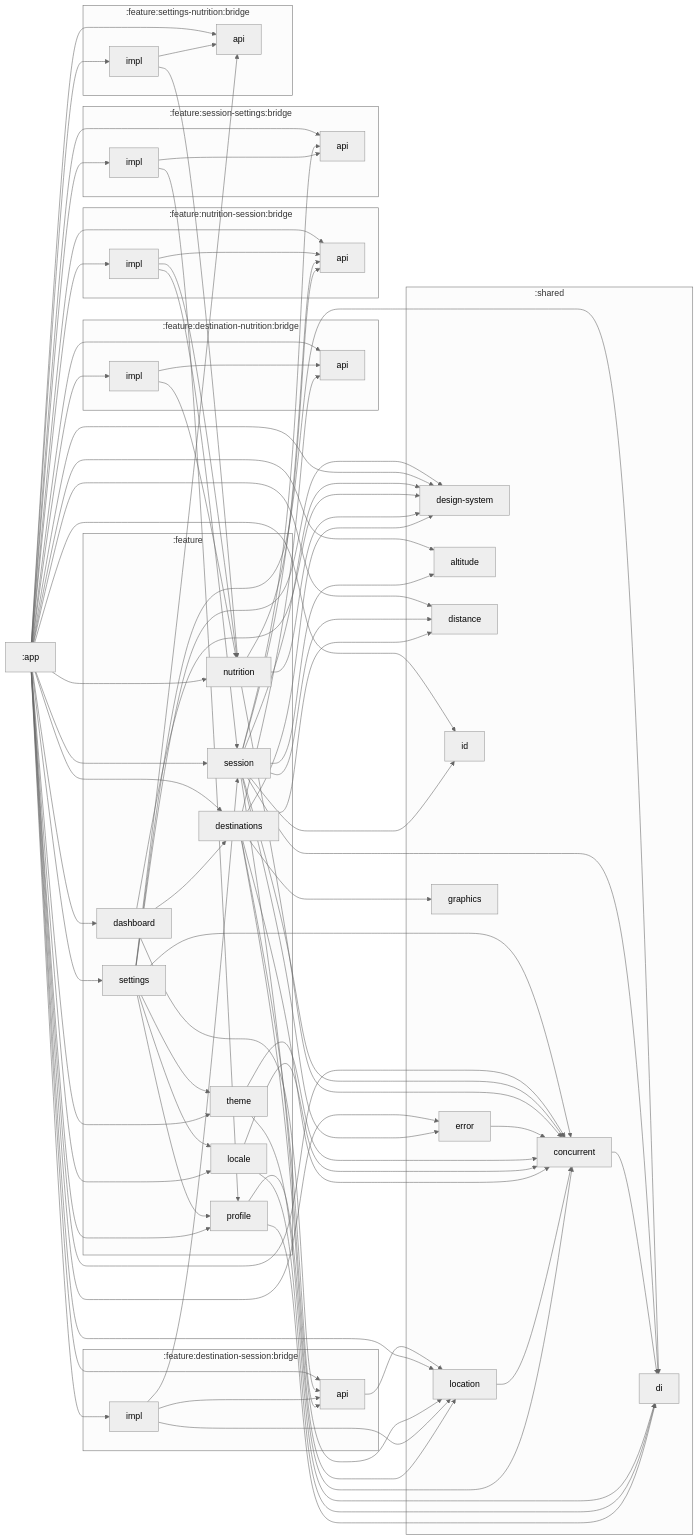
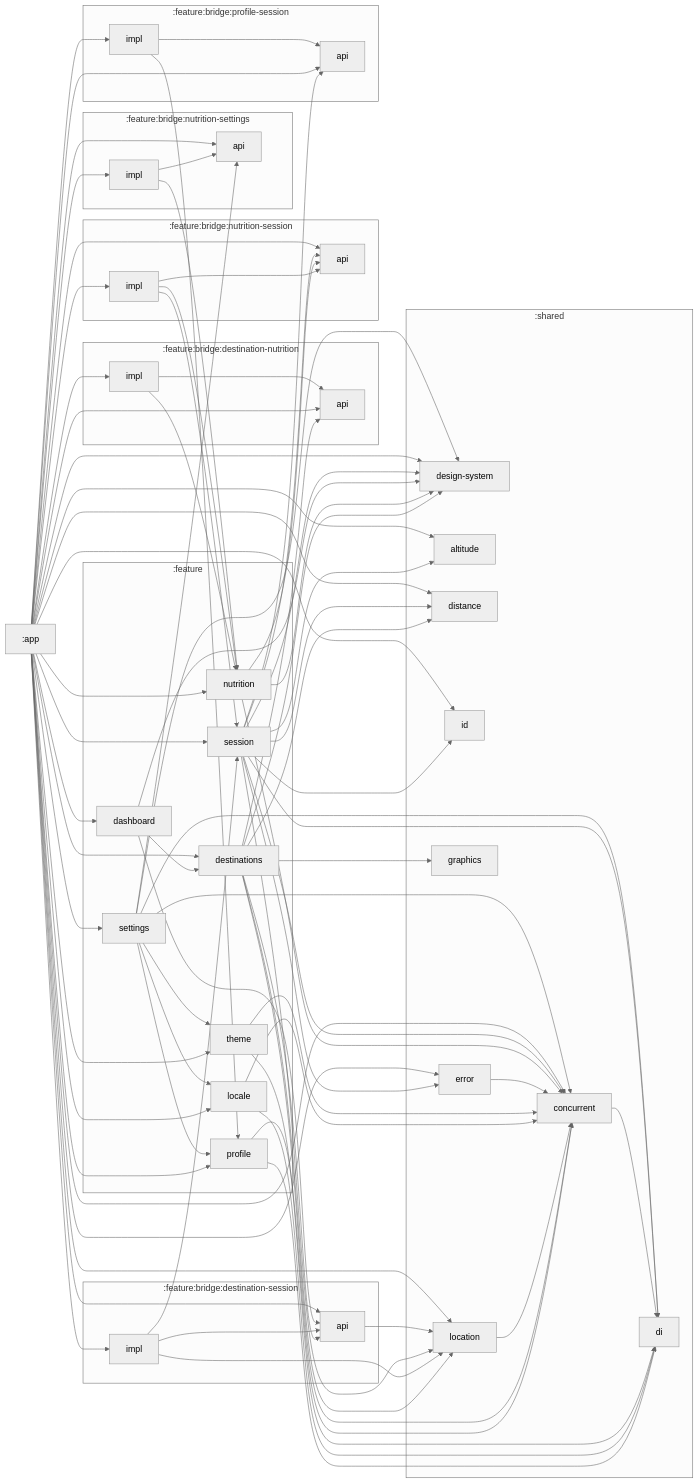
One commit to koflox/cycling-assistant changed the diagram in docs/MODULE_GRAPH.md. Above: the diagram before and after it, drawn with Mermaid. The commit also changed 75 other files, not shown here.

Commit message:
consistent modularization: enforced bridge modules naming and their location

````diff
--- a/docs/MODULE_GRAPH.md
+++ b/docs/MODULE_GRAPH.md
@@ -9,71 +9,74 @@
 
 graph LR
   subgraph :feature
+    :feature:nutrition["nutrition"]
+    :feature:profile["profile"]
     :feature:settings["settings"]
     :feature:theme["theme"]
     :feature:locale["locale"]
-    :feature:profile["profile"]
     :feature:dashboard["dashboard"]
     :feature:destinations["destinations"]
-    :feature:nutrition["nutrition"]
     :feature:session["session"]
   end
-  subgraph :feature:destination-nutrition:bridge
-    :feature:destination-nutrition:bridge:api["api"]
-    :feature:destination-nutrition:bridge:impl["impl"]
+  subgraph :feature:bridge:destination-nutrition
+    :feature:bridge:destination-nutrition:impl["impl"]
+    :feature:bridge:destination-nutrition:api["api"]
   end
-  subgraph :feature:destination-session:bridge
-    :feature:destination-session:bridge:api["api"]
-    :feature:destination-session:bridge:impl["impl"]
+  subgraph :feature:bridge:destination-session
+    :feature:bridge:destination-session:api["api"]
+    :feature:bridge:destination-session:impl["impl"]
   end
-  subgraph :feature:nutrition-session:bridge
-    :feature:nutrition-session:bridge:api["api"]
-    :feature:nutrition-session:bridge:impl["impl"]
+  subgraph :feature:bridge:nutrition-session
+    :feature:bridge:nutrition-session:api["api"]
+    :feature:bridge:nutrition-session:impl["impl"]
   end
-  subgraph :feature:session-settings:bridge
-    :feature:session-settings:bridge:api["api"]
-    :feature:session-settings:bridge:impl["impl"]
+  subgraph :feature:bridge:nutrition-settings
+    :feature:bridge:nutrition-settings:api["api"]
+    :feature:bridge:nutrition-settings:impl["impl"]
   end
-  subgraph :feature:settings-nutrition:bridge
-    :feature:settings-nutrition:bridge:api["api"]
-    :feature:settings-nutrition:bridge:impl["impl"]
+  subgraph :feature:bridge:profile-session
+    :feature:bridge:profile-session:impl["impl"]
+    :feature:bridge:profile-session:api["api"]
   end
   subgraph :shared
-    :shared:location["location"]
     :shared:concurrent["concurrent"]
     :shared:design-system["design-system"]
     :shared:di["di"]
     :shared:altitude["altitude"]
     :shared:distance["distance"]
     :shared:id["id"]
+    :shared:location["location"]
     :shared:error["error"]
     :shared:graphics["graphics"]
   end
-  :feature:destination-session:bridge:api --> :shared:location
+  :feature:bridge:destination-nutrition:impl --> :feature:bridge:destination-nutrition:api
+  :feature:bridge:destination-nutrition:impl --> :feature:nutrition
+  :feature:bridge:profile-session:impl --> :feature:bridge:profile-session:api
+  :feature:bridge:profile-session:impl --> :feature:profile
   :feature:settings --> :feature:theme
   :feature:settings --> :feature:locale
   :feature:settings --> :feature:profile
-  :feature:settings --> :feature:settings-nutrition:bridge:api
+  :feature:settings --> :feature:bridge:nutrition-settings:api
   :feature:settings --> :shared:concurrent
   :feature:settings --> :shared:design-system
   :feature:settings --> :shared:di
+  :app --> :feature:bridge:destination-nutrition:api
+  :app --> :feature:bridge:destination-nutrition:impl
+  :app --> :feature:bridge:destination-session:api
+  :app --> :feature:bridge:destination-session:impl
+  :app --> :feature:bridge:nutrition-session:api
+  :app --> :feature:bridge:nutrition-session:impl
+  :app --> :feature:bridge:nutrition-settings:api
+  :app --> :feature:bridge:nutrition-settings:impl
+  :app --> :feature:bridge:profile-session:api
+  :app --> :feature:bridge:profile-session:impl
   :app --> :feature:dashboard
-  :app --> :feature:destination-nutrition:bridge:api
-  :app --> :feature:destination-nutrition:bridge:impl
-  :app --> :feature:destination-session:bridge:api
-  :app --> :feature:destination-session:bridge:impl
   :app --> :feature:destinations
   :app --> :feature:locale
   :app --> :feature:nutrition
-  :app --> :feature:nutrition-session:bridge:api
-  :app --> :feature:nutrition-session:bridge:impl
   :app --> :feature:profile
   :app --> :feature:session
-  :app --> :feature:session-settings:bridge:api
-  :app --> :feature:session-settings:bridge:impl
   :app --> :feature:settings
-  :app --> :feature:settings-nutrition:bridge:api
-  :app --> :feature:settings-nutrition:bridge:impl
   :app --> :feature:theme
   :app --> :shared:altitude
   :app --> :shared:concurrent
@@ -82,9 +85,7 @@
   :app --> :shared:id
   :app --> :shared:location
   :app --> :shared:error
-  :feature:nutrition-session:bridge:impl --> :feature:nutrition
-  :feature:nutrition-session:bridge:impl --> :feature:nutrition-session:bridge:api
-  :feature:nutrition-session:bridge:impl --> :feature:session
+  :feature:bridge:destination-session:api --> :shared:location
   :feature:session --> :shared:altitude
   :feature:session --> :shared:concurrent
   :feature:session --> :shared:design-system
@@ -93,37 +94,36 @@
   :feature:session --> :shared:error
   :feature:session --> :shared:id
   :feature:session --> :shared:location
-  :feature:session --> :feature:nutrition-session:bridge:api
-  :feature:session --> :feature:session-settings:bridge:api
+  :feature:session --> :feature:bridge:nutrition-session:api
+  :feature:session --> :feature:bridge:profile-session:api
   :feature:dashboard --> :feature:destinations
-  :feature:dashboard --> :feature:destination-session:bridge:api
+  :feature:dashboard --> :feature:bridge:destination-session:api
   :feature:dashboard --> :shared:design-system
-  :feature:nutrition --> :feature:nutrition-session:bridge:api
+  :feature:nutrition --> :feature:bridge:nutrition-session:api
   :feature:nutrition --> :shared:concurrent
   :feature:nutrition --> :shared:design-system
-  :feature:session-settings:bridge:impl --> :feature:session-settings:bridge:api
-  :feature:session-settings:bridge:impl --> :feature:profile
+  :feature:bridge:destination-session:impl --> :feature:bridge:destination-session:api
+  :feature:bridge:destination-session:impl --> :feature:session
+  :feature:bridge:destination-session:impl --> :shared:location
   :shared:concurrent --> :shared:di
+  :feature:bridge:nutrition-session:impl --> :feature:nutrition
+  :feature:bridge:nutrition-session:impl --> :feature:bridge:nutrition-session:api
+  :feature:bridge:nutrition-session:impl --> :feature:session
   :shared:error --> :shared:concurrent
-  :feature:destination-nutrition:bridge:impl --> :feature:destination-nutrition:bridge:api
-  :feature:destination-nutrition:bridge:impl --> :feature:nutrition
   :feature:theme --> :shared:concurrent
   :feature:theme --> :shared:di
-  :feature:destination-session:bridge:impl --> :feature:destination-session:bridge:api
-  :feature:destination-session:bridge:impl --> :feature:session
-  :feature:destination-session:bridge:impl --> :shared:location
   :feature:locale --> :shared:concurrent
   :feature:locale --> :shared:di
-  :feature:destinations --> :feature:destination-nutrition:bridge:api
-  :feature:destinations --> :feature:destination-session:bridge:api
+  :feature:bridge:nutrition-settings:impl --> :feature:bridge:nutrition-settings:api
+  :feature:bridge:nutrition-settings:impl --> :feature:nutrition
+  :shared:location --> :shared:concurrent
+  :feature:destinations --> :feature:bridge:destination-nutrition:api
+  :feature:destinations --> :feature:bridge:destination-session:api
   :feature:destinations --> :shared:concurrent
   :feature:destinations --> :shared:design-system
   :feature:destinations --> :shared:distance
   :feature:destinations --> :shared:graphics
   :feature:destinations --> :shared:location
-  :shared:location --> :shared:concurrent
   :feature:profile --> :shared:concurrent
   :feature:profile --> :shared:di
-  :feature:settings-nutrition:bridge:impl --> :feature:settings-nutrition:bridge:api
-  :feature:settings-nutrition:bridge:impl --> :feature:nutrition
 ```
````
